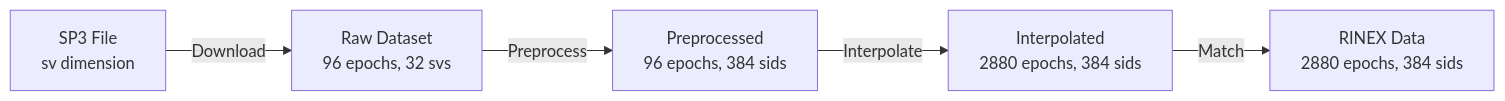
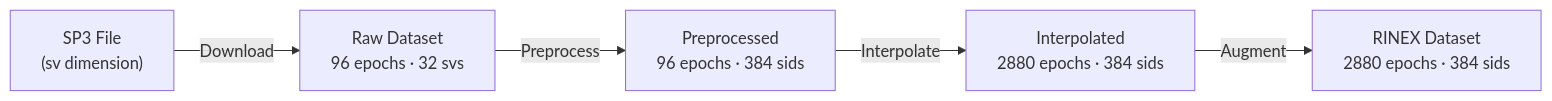
Before and after one commit to mfkiwl/canvodpy: the first of 2 diagrams in docs/packages/auxiliary/overview.md, drawn with Mermaid. The commit also changed other lines of this file and 38 other files, not shown here.

````diff
--- a/docs/packages/auxiliary/overview.md
+++ b/docs/packages/auxiliary/overview.md
@@ -31,8 +36,7 @@
 ```mermaid
 graph LR
-    A[SP3 File<br/>sv dimension] -->|Download| B[Raw Dataset<br/>96 epochs, 32 svs]
-    B -->|Preprocess| C[Preprocessed<br/>96 epochs, 384 sids]
-    C -->|Interpolate| D[Interpolated<br/>2880 epochs, 384 sids]
-    D -->|Match| E[RINEX Data<br/>2880 epochs, 384 sids]
-
+    A["SP3 File\n(sv dimension)"] -->|Download| B["Raw Dataset\n96 epochs · 32 svs"]
+    B -->|Preprocess| C["Preprocessed\n96 epochs · 384 sids"]
+    C -->|Interpolate| D["Interpolated\n2880 epochs · 384 sids"]
+    D -->|Augment| E["RINEX Dataset\n2880 epochs · 384 sids"]
 ```
````
